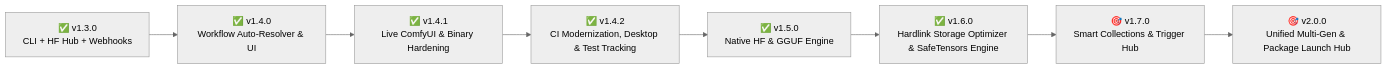
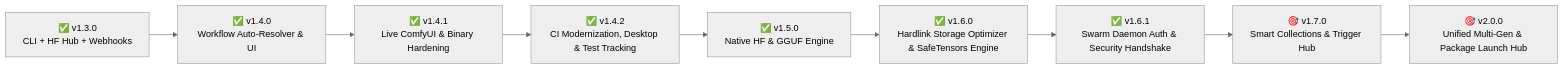
Before and after one commit to DevNullInc/RenegadeCMM: the diagram in docs/ROADMAP.md, drawn with Mermaid (neutral theme). The commit also changed other lines of this file and 15 other files, not shown here.

Commit message:
release: v1.6.1 - Swarm Daemon Bearer Auth Handshake, Path Confinement & CI actions upgrade

````diff
--- a/docs/ROADMAP.md
+++ b/docs/ROADMAP.md
@@ -9,10 +9,11 @@
 ```mermaid
 graph LR
     v13["✅ v1.3.0<br/>CLI + HF Hub + Webhooks"] --> v14["✅ v1.4.0<br/>Workflow Auto-Resolver & UI"]
     v14 --> v141["✅ v1.4.1<br/>Live ComfyUI & Binary Hardening"]
     v141 --> v142["✅ v1.4.2<br/>CI Modernization, Desktop & Test Tracking"]
     v142 --> v15["✅ v1.5.0<br/>Native HF & GGUF Engine"]
     v15 --> v16["✅ v1.6.0<br/>Hardlink Storage Optimizer & SafeTensors Engine"]
-    v16 --> v17["🎯 v1.7.0<br/>Smart Collections & Trigger Hub"]
+    v16 --> v161["✅ v1.6.1<br/>Swarm Daemon Auth & Security Handshake"]
+    v161 --> v17["🎯 v1.7.0<br/>Smart Collections & Trigger Hub"]
     v17 --> v20["🎯 v2.0.0<br/>Unified Multi-Gen & Package Launch Hub"]
 ```
````
